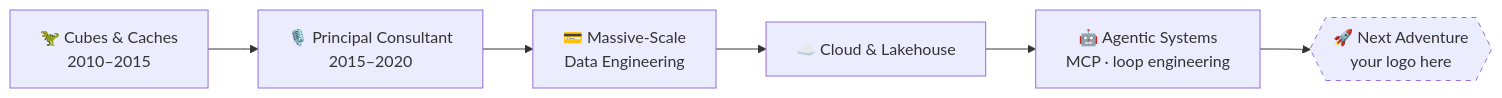
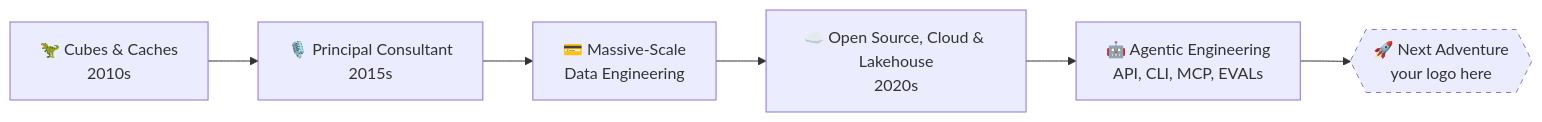
The diagram in README.md (Lily-Feng/Lily-Feng), drawn with Mermaid before and after one commit.

Commit message:
Update timeline and project descriptions in README

````diff
--- a/README.md
+++ b/README.md
@@ -1,10 +1,10 @@
 ```mermaid
 flowchart LR
-    A["🦖 Cubes & Caches<br/>2010–2015"] --> B["🎙️ Principal Consultant<br/>2015–2020"]
+    A["🦖 Cubes & Caches<br/>2010s"] --> B["🎙️ Principal Consultant<br/>2015s"]
     B --> C["💳 Massive-Scale<br/>Data Engineering"]
-    C --> D["☁️ Cloud & Lakehouse"]
-    D --> E["🤖 Agentic Systems<br/>MCP · loop engineering"]
+    C --> D["☁️ Open Source, Cloud & Lakehouse<br/>2020s"]
+    D --> E["🤖 Agentic Engineering<br/>API, CLI, MCP, EVALs"]
     E --> F{{"🚀 Next Adventure<br/>your logo here"}}
 
     style F stroke-dasharray: 5 5
 ```
````
